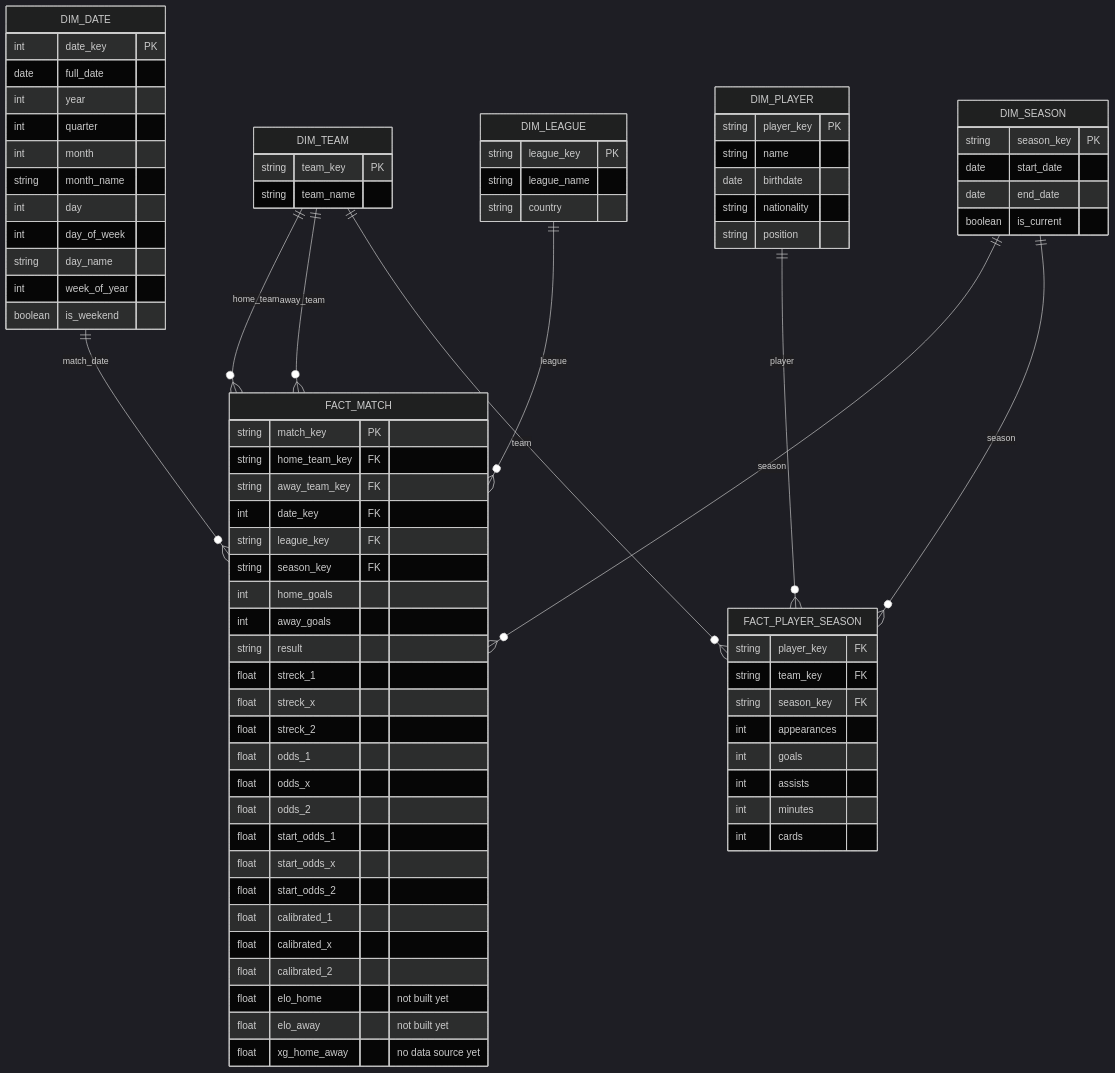
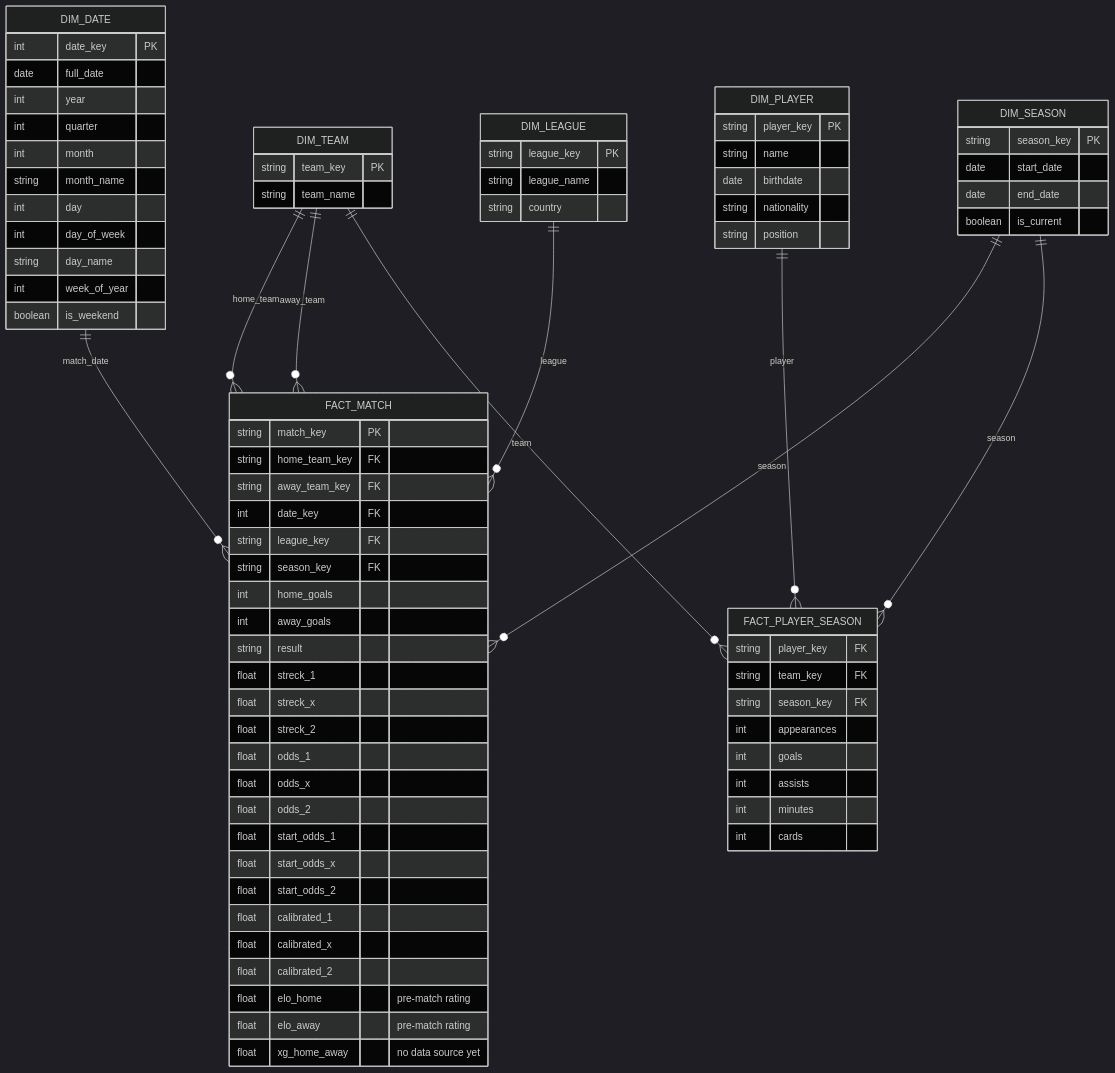
Before and after one commit to adamwillner/stryktipset-project-databricks: the second of 2 diagrams in README.md, drawn with Mermaid (dark theme). The commit also changed other lines of this file and 7 other files, not shown here.

First line of the commit message:
Add pre-match Elo ratings (06_gold_elo)

```diff
--- a/README.md
+++ b/README.md
@@ -83,8 +83,8 @@
         float calibrated_1
         float calibrated_x
         float calibrated_2
-        float elo_home "not built yet"
-        float elo_away "not built yet"
+        float elo_home "pre-match rating"
+        float elo_away "pre-match rating"
         float xg_home_away "no data source yet"
     }
     FACT_PLAYER_SEASON {
```
